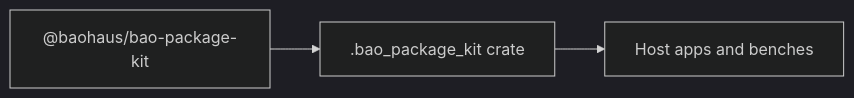
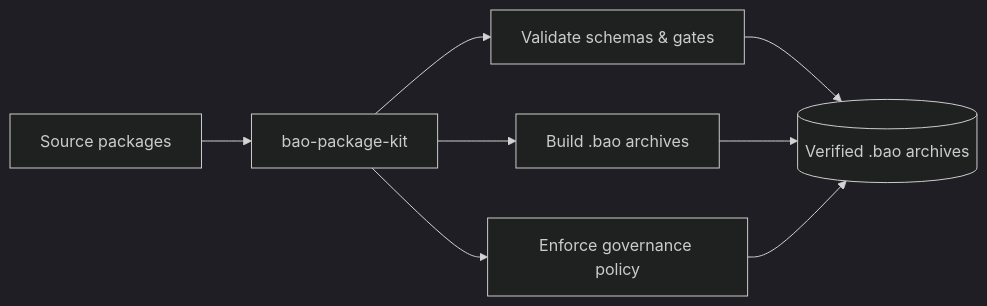
Before and after one commit to d4551/docduckgoose: the diagram in bao/README.md, drawn with Mermaid (dark theme). The commit also changed other lines of this file and 295 other files, not shown here.

````diff
--- a/bao/README.md
+++ b/bao/README.md
@@ -10,5 +15,10 @@
 ```mermaid
 flowchart LR
-  producer["@baohaus/bao-package-kit"] --> crate[".bao_package_kit crate"]
-  crate --> consumers["Host apps and benches"]
+  sources["Source packages"] --> kit["bao-package-kit"]
+  kit --> validate["Validate schemas & gates"]
+  kit --> build["Build .bao archives"]
+  kit --> govern["Enforce governance policy"]
+  validate --> verified[("Verified .bao archives")]
+  build --> verified
+  govern --> verified
 ```
````
